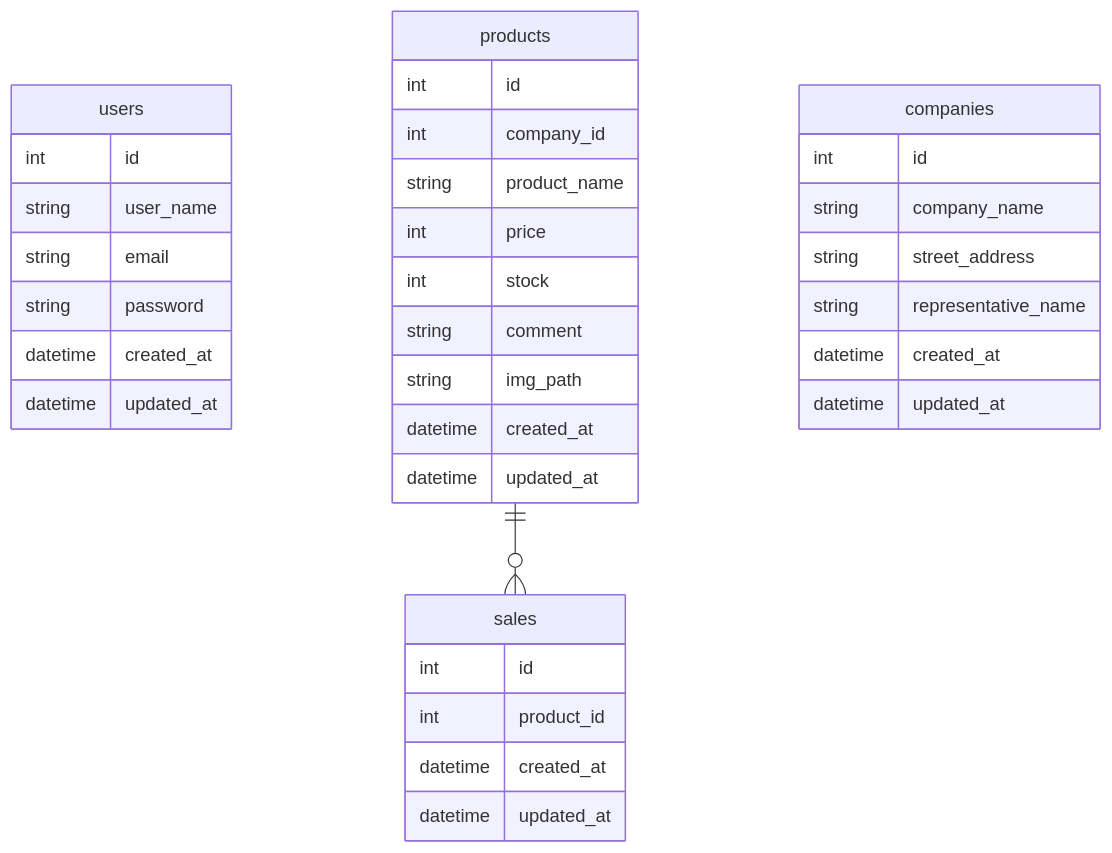
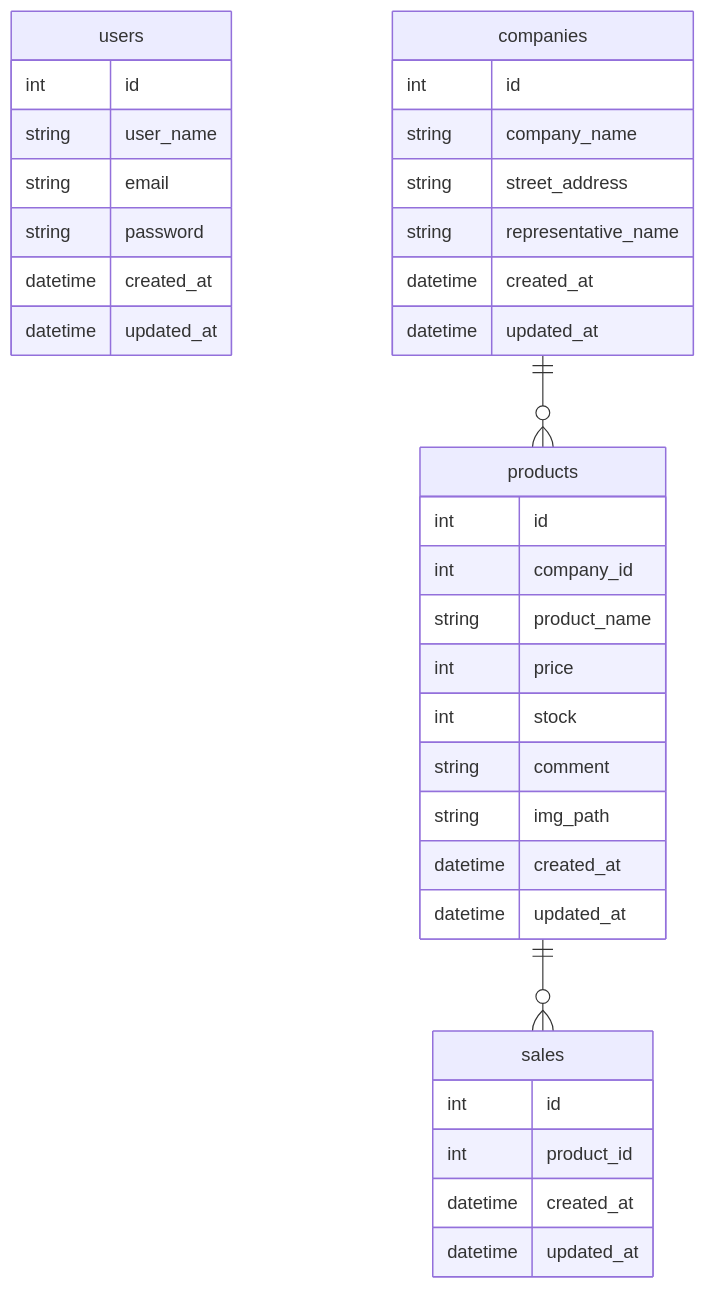
Before and after one commit to jung173/newpractice: the diagram in docs/erd.md, drawn with Mermaid.

Commit message:
Update ER diagram

````diff
--- a/docs/erd.md
+++ b/docs/erd.md
@@ -1,42 +1,43 @@
 ```mermaid
 erDiagram
 
 users {
     int id
     string user_name
     string email
     string password
     datetime created_at
     datetime updated_at
 }
 
 products {
     int id
     int company_id
     string product_name
     int price
     int stock
     string comment
     string img_path
     datetime created_at
     datetime updated_at
 }
 
 sales {
     int id
     int product_id
     datetime created_at
     datetime updated_at
 }
 
 companies {
     int id
     string company_name
     string street_address
     string representative_name
     datetime created_at
     datetime updated_at
 }
 
 products ||--o{ sales : ""
+companies ||--o{ products : ""
 ```
````
